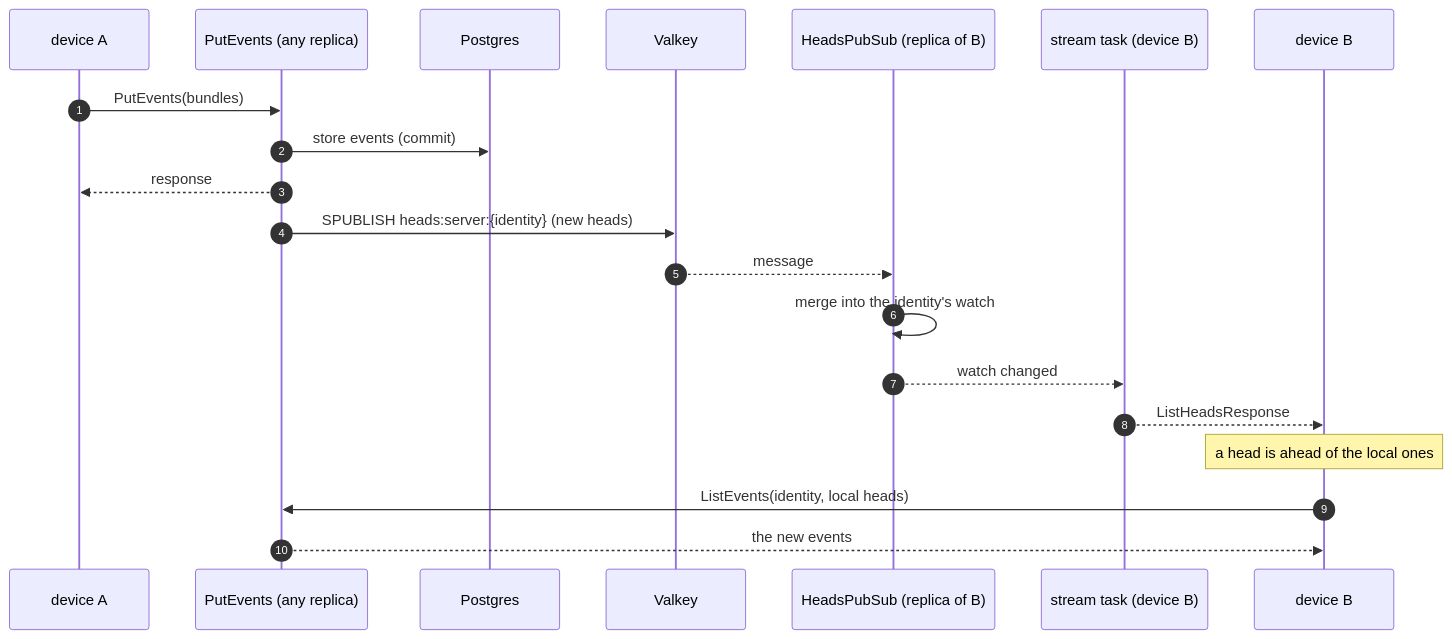
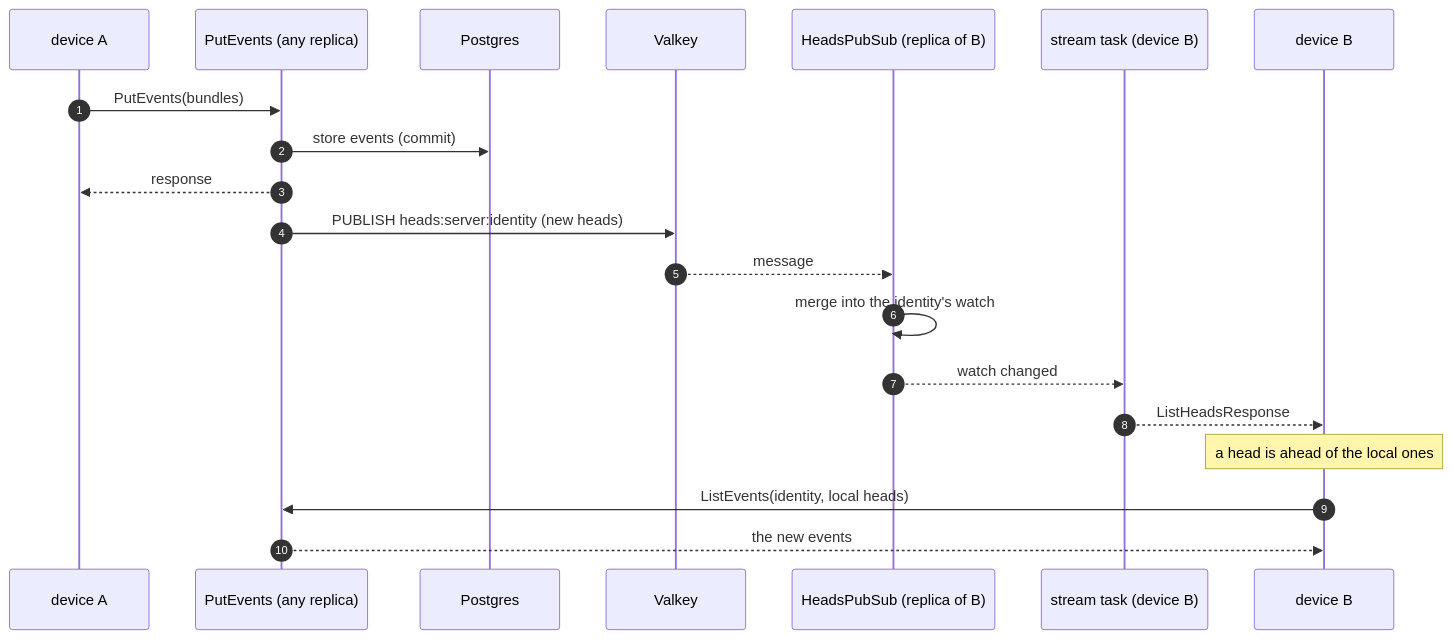
One commit to futo-org/Harbor changed the second of 2 diagrams in docs/content/developer/live-sync.md. Above: the diagram before and after it, drawn with Mermaid. The commit also changed other lines of this file and 11 other files, not shown here.

````diff
--- a/docs/content/developer/live-sync.md
+++ b/docs/content/developer/live-sync.md
@@ -115,23 +112,23 @@
 ```mermaid
 sequenceDiagram
     autonumber
     participant A as device A
     participant Put as PutEvents (any replica)
     participant PG as Postgres
     participant V as Valkey
     participant PubSub as HeadsPubSub (replica of B)
     participant Task as stream task (device B)
     participant B as device B
 
     A->>Put: PutEvents(bundles)
     Put->>PG: store events (commit)
     Put-->>A: response
-    Put->>V: SPUBLISH heads:server:#123;identity#125; (new heads)
+    Put->>V: PUBLISH heads:server:identity (new heads)
     V-->>PubSub: message
     PubSub->>PubSub: merge into the identity's watch
     PubSub-->>Task: watch changed
     Task-->>B: ListHeadsResponse
     Note over B: a head is ahead of the local ones
     B->>Put: ListEvents(identity, local heads)
     Put-->>B: the new events
 ```
````
